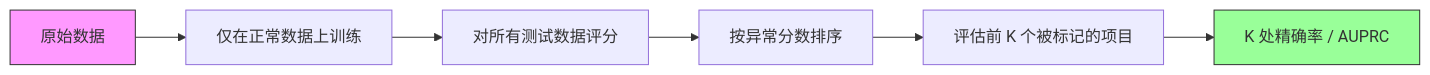
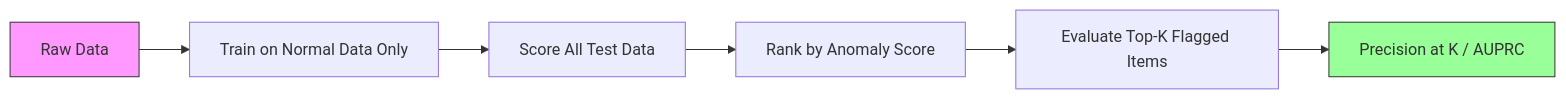
One commit to xiaojiaenen/ai-engineering-from-scratch-zh changed the third of 3 diagrams in i18n/zh/phases/02-ml-fundamentals/16-anomaly-detection/docs/zh.md. Above: the diagram before and after it, drawn with Mermaid. The commit also changed other lines of this file and 18 other files, not shown here.

````diff
--- a/i18n/zh/phases/02-ml-fundamentals/16-anomaly-detection/docs/zh.md
+++ b/i18n/zh/phases/02-ml-fundamentals/16-anomaly-detection/docs/zh.md
@@ -204,11 +204,11 @@
 ```mermaid
 flowchart LR
-    A[原始数据] --> B[仅在正常数据上训练]
-    B --> C[对所有测试数据评分]
-    C --> D[按异常分数排序]
-    D --> E[评估前 K 个被标记的项目]
-    E --> F[K 处精确率 / AUPRC]
+    A[Raw Data] --> B[Train on Normal Data Only]
+    B --> C[Score All Test Data]
+    C --> D[Rank by Anomaly Score]
+    D --> E[Evaluate Top-K Flagged Items]
+    E --> F[Precision at K / AUPRC]
 
     style A fill:#f9f,stroke:#333
     style F fill:#9f9,stroke:#333
 ```
````
